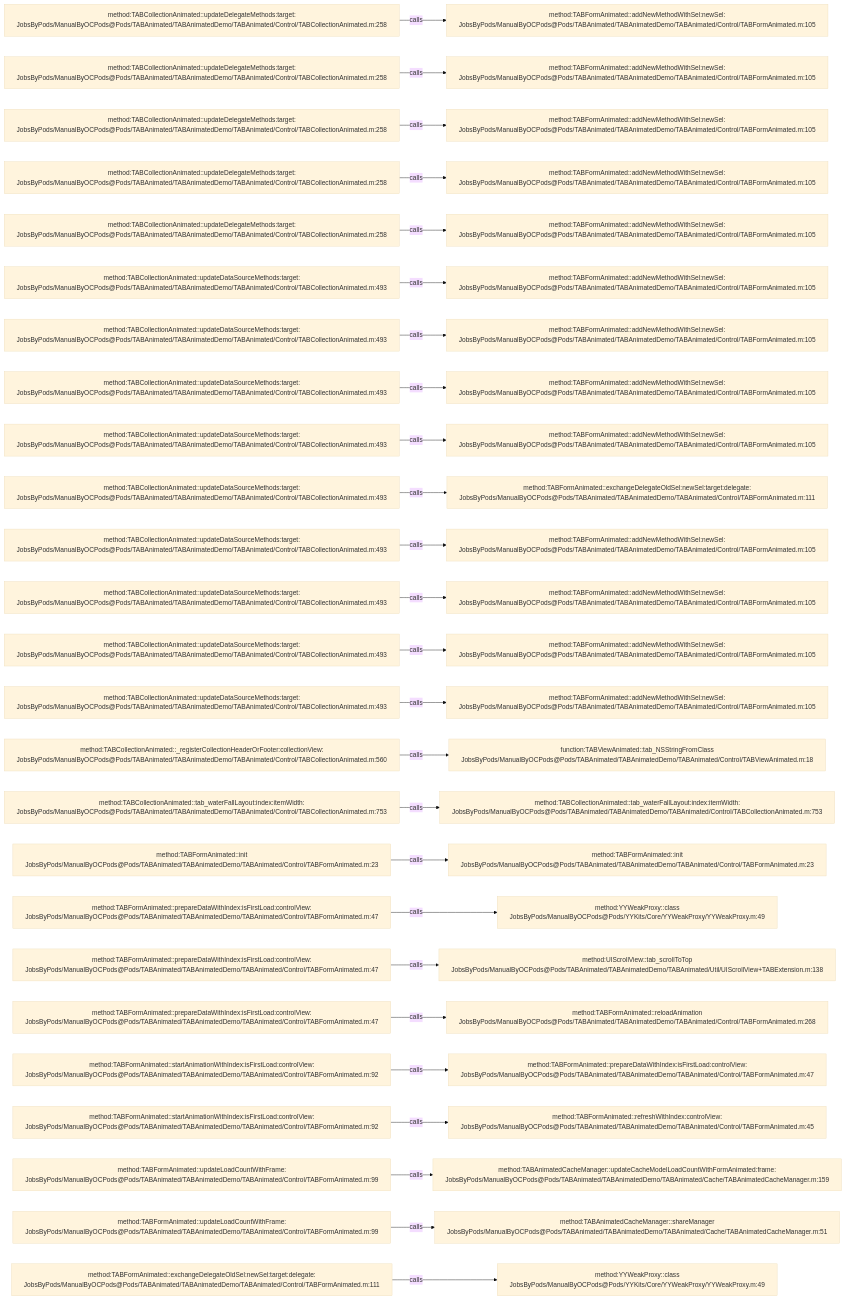
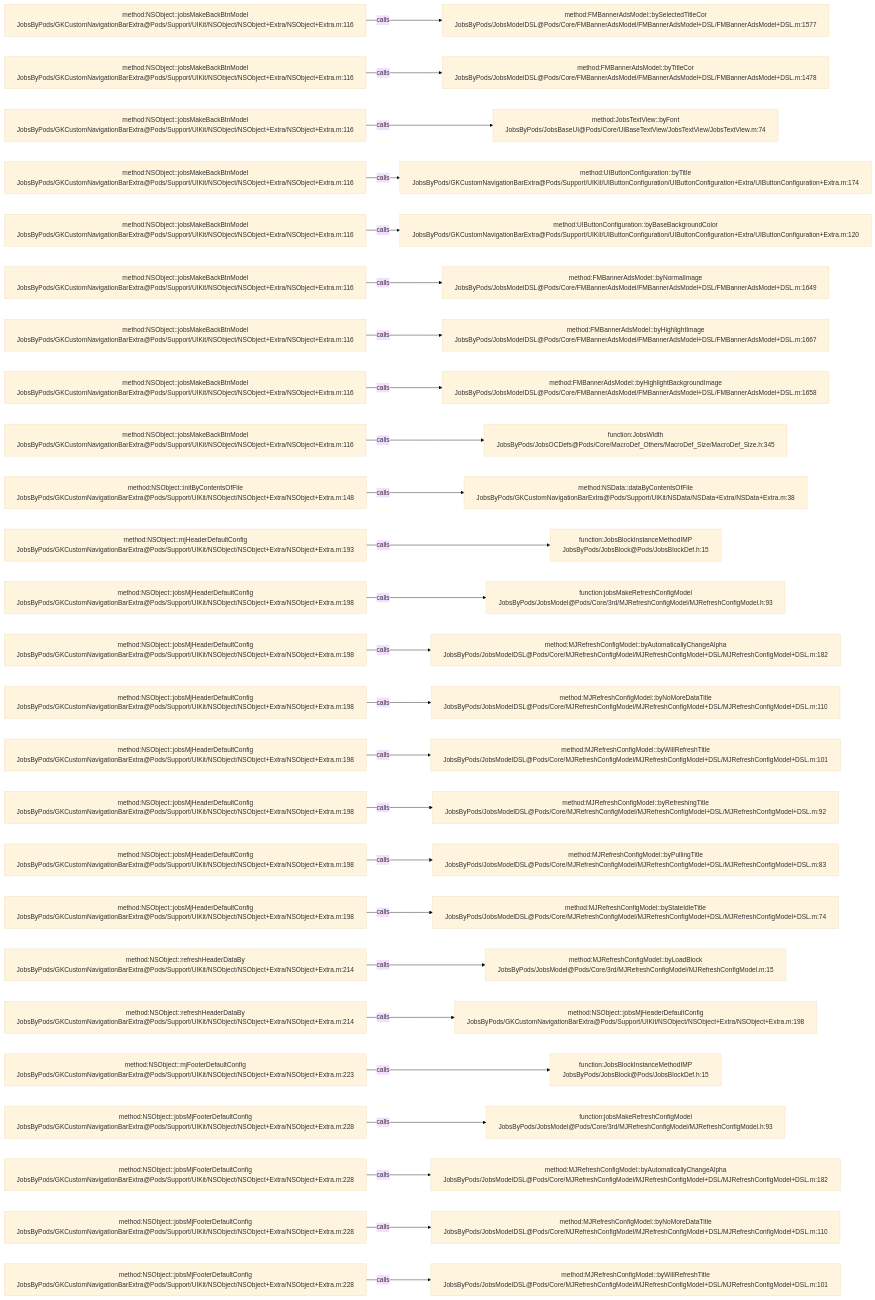
One commit to JobsKits/JobsOCBaseConfigDemo changed the diagram in .codegraph/codegraph.md/graphs/calls-013.md. Above: the diagram before and after it, drawn with Mermaid (base theme). The commit also changed 768 other files, not shown here.

````diff
--- a/.codegraph/codegraph.md/graphs/calls-013.md
+++ b/.codegraph/codegraph.md/graphs/calls-013.md
@@ -13,78 +13,78 @@
 ```mermaid
 flowchart LR
-  S1["method:TABCollectionAnimated::updateDelegateMethods:target:<br/>JobsByPods/ManualByOCPods@Pods/TABAnimated/TABAnimatedDemo/TABAnimated/Control/TABCollectionAnimated.m:258"]
-  T1["method:TABFormAnimated::addNewMethodWithSel:newSel:<br/>JobsByPods/ManualByOCPods@Pods/TABAnimated/TABAnimatedDemo/TABAnimated/Control/TABFormAnimated.m:105"]
+  S1["method:NSObject::jobsMakeBackBtnModel<br/>JobsByPods/GKCustomNavigationBarExtra@Pods/Support/UIKit/NSObject/NSObject+Extra/NSObject+Extra.m:116"]
+  T1["method:FMBannerAdsModel::bySelectedTitleCor<br/>JobsByPods/JobsModelDSL@Pods/Core/FMBannerAdsModel/FMBannerAdsModel+DSL/FMBannerAdsModel+DSL.m:1577"]
   S1 -->|calls| T1
-  S2["method:TABCollectionAnimated::updateDelegateMethods:target:<br/>JobsByPods/ManualByOCPods@Pods/TABAnimated/TABAnimatedDemo/TABAnimated/Control/TABCollectionAnimated.m:258"]
-  T2["method:TABFormAnimated::addNewMethodWithSel:newSel:<br/>JobsByPods/ManualByOCPods@Pods/TABAnimated/TABAnimatedDemo/TABAnimated/Control/TABFormAnimated.m:105"]
+  S2["method:NSObject::jobsMakeBackBtnModel<br/>JobsByPods/GKCustomNavigationBarExtra@Pods/Support/UIKit/NSObject/NSObject+Extra/NSObject+Extra.m:116"]
+  T2["method:FMBannerAdsModel::byTitleCor<br/>JobsByPods/JobsModelDSL@Pods/Core/FMBannerAdsModel/FMBannerAdsModel+DSL/FMBannerAdsModel+DSL.m:1478"]
   S2 -->|calls| T2
-  S3["method:TABCollectionAnimated::updateDelegateMethods:target:<br/>JobsByPods/ManualByOCPods@Pods/TABAnimated/TABAnimatedDemo/TABAnimated/Control/TABCollectionAnimated.m:258"]
-  T3["method:TABFormAnimated::addNewMethodWithSel:newSel:<br/>JobsByPods/ManualByOCPods@Pods/TABAnimated/TABAnimatedDemo/TABAnimated/Control/TABFormAnimated.m:105"]
+  S3["method:NSObject::jobsMakeBackBtnModel<br/>JobsByPods/GKCustomNavigationBarExtra@Pods/Support/UIKit/NSObject/NSObject+Extra/NSObject+Extra.m:116"]
+  T3["method:JobsTextView::byFont<br/>JobsByPods/JobsBaseUI@Pods/Core/UIBaseTextView/JobsTextView/JobsTextView.m:74"]
   S3 -->|calls| T3
-  S4["method:TABCollectionAnimated::updateDelegateMethods:target:<br/>JobsByPods/ManualByOCPods@Pods/TABAnimated/TABAnimatedDemo/TABAnimated/Control/TABCollectionAnimated.m:258"]
-  T4["method:TABFormAnimated::addNewMethodWithSel:newSel:<br/>JobsByPods/ManualByOCPods@Pods/TABAnimated/TABAnimatedDemo/TABAnimated/Control/TABFormAnimated.m:105"]
+  S4["method:NSObject::jobsMakeBackBtnModel<br/>JobsByPods/GKCustomNavigationBarExtra@Pods/Support/UIKit/NSObject/NSObject+Extra/NSObject+Extra.m:116"]
+  T4["method:UIButtonConfiguration::byTitle<br/>JobsByPods/GKCustomNavigationBarExtra@Pods/Support/UIKit/UIButtonConfiguration/UIButtonConfiguration+Extra/UIButtonConfiguration+Extra.m:174"]
   S4 -->|calls| T4
-  S5["method:TABCollectionAnimated::updateDelegateMethods:target:<br/>JobsByPods/ManualByOCPods@Pods/TABAnimated/TABAnimatedDemo/TABAnimated/Control/TABCollectionAnimated.m:258"]
-  T5["method:TABFormAnimated::addNewMethodWithSel:newSel:<br/>JobsByPods/ManualByOCPods@Pods/TABAnimated/TABAnimatedDemo/TABAnimated/Control/TABFormAnimated.m:105"]
+  S5["method:NSObject::jobsMakeBackBtnModel<br/>JobsByPods/GKCustomNavigationBarExtra@Pods/Support/UIKit/NSObject/NSObject+Extra/NSObject+Extra.m:116"]
+  T5["method:UIButtonConfiguration::byBaseBackgroundColor<br/>JobsByPods/GKCustomNavigationBarExtra@Pods/Support/UIKit/UIButtonConfiguration/UIButtonConfiguration+Extra/UIButtonConfiguration+Extra.m:120"]
   S5 -->|calls| T5
-  S6["method:TABCollectionAnimated::updateDataSourceMethods:target:<br/>JobsByPods/ManualByOCPods@Pods/TABAnimated/TABAnimatedDemo/TABAnimated/Control/TABCollectionAnimated.m:493"]
-  T6["method:TABFormAnimated::addNewMethodWithSel:newSel:<br/>JobsByPods/ManualByOCPods@Pods/TABAnimated/TABAnimatedDemo/TABAnimated/Control/TABFormAnimated.m:105"]
+  S6["method:NSObject::jobsMakeBackBtnModel<br/>JobsByPods/GKCustomNavigationBarExtra@Pods/Support/UIKit/NSObject/NSObject+Extra/NSObject+Extra.m:116"]
+  T6["method:FMBannerAdsModel::byNormalImage<br/>JobsByPods/JobsModelDSL@Pods/Core/FMBannerAdsModel/FMBannerAdsModel+DSL/FMBannerAdsModel+DSL.m:1649"]
   S6 -->|calls| T6
-  S7["method:TABCollectionAnimated::updateDataSourceMethods:target:<br/>JobsByPods/ManualByOCPods@Pods/TABAnimated/TABAnimatedDemo/TABAnimated/Control/TABCollectionAnimated.m:493"]
-  T7["method:TABFormAnimated::addNewMethodWithSel:newSel:<br/>JobsByPods/ManualByOCPods@Pods/TABAnimated/TABAnimatedDemo/TABAnimated/Control/TABFormAnimated.m:105"]
+  S7["method:NSObject::jobsMakeBackBtnModel<br/>JobsByPods/GKCustomNavigationBarExtra@Pods/Support/UIKit/NSObject/NSObject+Extra/NSObject+Extra.m:116"]
+  T7["method:FMBannerAdsModel::byHighlightImage<br/>JobsByPods/JobsModelDSL@Pods/Core/FMBannerAdsModel/FMBannerAdsModel+DSL/FMBannerAdsModel+DSL.m:1667"]
   S7 -->|calls| T7
-  S8["method:TABCollectionAnimated::updateDataSourceMethods:target:<br/>JobsByPods/ManualByOCPods@Pods/TABAnimated/TABAnimatedDemo/TABAnimated/Control/TABCollectionAnimated.m:493"]
-  T8["method:TABFormAnimated::addNewMethodWithSel:newSel:<br/>JobsByPods/ManualByOCPods@Pods/TABAnimated/TABAnimatedDemo/TABAnimated/Control/TABFormAnimated.m:105"]
+  S8["method:NSObject::jobsMakeBackBtnModel<br/>JobsByPods/GKCustomNavigationBarExtra@Pods/Support/UIKit/NSObject/NSObject+Extra/NSObject+Extra.m:116"]
+  T8["method:FMBannerAdsModel::byHighlightBackgroundImage<br/>JobsByPods/JobsModelDSL@Pods/Core/FMBannerAdsModel/FMBannerAdsModel+DSL/FMBannerAdsModel+DSL.m:1658"]
   S8 -->|calls| T8
-  S9["method:TABCollectionAnimated::updateDataSourceMethods:target:<br/>JobsByPods/ManualByOCPods@Pods/TABAnimated/TABAnimatedDemo/TABAnimated/Control/TABCollectionAnimated.m:493"]
-  T9["method:TABFormAnimated::addNewMethodWithSel:newSel:<br/>JobsByPods/ManualByOCPods@Pods/TABAnimated/TABAnimatedDemo/TABAnimated/Control/TABFormAnimated.m:105"]
+  S9["method:NSObject::jobsMakeBackBtnModel<br/>JobsByPods/GKCustomNavigationBarExtra@Pods/Support/UIKit/NSObject/NSObject+Extra/NSObject+Extra.m:116"]
+  T9["function:JobsWidth<br/>JobsByPods/JobsOCDefs@Pods/Core/MacroDef_Others/MacroDef_Size/MacroDef_Size.h:345"]
   S9 -->|calls| T9
-  S10["method:TABCollectionAnimated::updateDataSourceMethods:target:<br/>JobsByPods/ManualByOCPods@Pods/TABAnimated/TABAnimatedDemo/TABAnimated/Control/TABCollectionAnimated.m:493"]
-  T10["method:TABFormAnimated::exchangeDelegateOldSel:newSel:target:delegate:<br/>JobsByPods/ManualByOCPods@Pods/TABAnimated/TABAnimatedDemo/TABAnimated/Control/TABFormAnimated.m:111"]
+  S10["method:NSObject::initByContentsOfFile<br/>JobsByPods/GKCustomNavigationBarExtra@Pods/Support/UIKit/NSObject/NSObject+Extra/NSObject+Extra.m:148"]
+  T10["method:NSData::dataByContentsOfFile<br/>JobsByPods/GKCustomNavigationBarExtra@Pods/Support/UIKit/NSData/NSData+Extra/NSData+Extra.m:38"]
   S10 -->|calls| T10
-  S11["method:TABCollectionAnimated::updateDataSourceMethods:target:<br/>JobsByPods/ManualByOCPods@Pods/TABAnimated/TABAnimatedDemo/TABAnimated/Control/TABCollectionAnimated.m:493"]
-  T11["method:TABFormAnimated::addNewMethodWithSel:newSel:<br/>JobsByPods/ManualByOCPods@Pods/TABAnimated/TABAnimatedDemo/TABAnimated/Control/TABFormAnimated.m:105"]
+  S11["method:NSObject::mjHeaderDefaultConfig<br/>JobsByPods/GKCustomNavigationBarExtra@Pods/Support/UIKit/NSObject/NSObject+Extra/NSObject+Extra.m:193"]
+  T11["function:JobsBlockInstanceMethodIMP<br/>JobsByPods/JobsBlock@Pods/JobsBlockDef.h:15"]
   S11 -->|calls| T11
-  S12["method:TABCollectionAnimated::updateDataSourceMethods:target:<br/>JobsByPods/ManualByOCPods@Pods/TABAnimated/TABAnimatedDemo/TABAnimated/Control/TABCollectionAnimated.m:493"]
-  T12["method:TABFormAnimated::addNewMethodWithSel:newSel:<br/>JobsByPods/ManualByOCPods@Pods/TABAnimated/TABAnimatedDemo/TABAnimated/Control/TABFormAnimated.m:105"]
+  S12["method:NSObject::jobsMjHeaderDefaultConfig<br/>JobsByPods/GKCustomNavigationBarExtra@Pods/Support/UIKit/NSObject/NSObject+Extra/NSObject+Extra.m:198"]
+  T12["function:jobsMakeRefreshConfigModel<br/>JobsByPods/JobsModel@Pods/Core/3rd/MJRefreshConfigModel/MJRefreshConfigModel.h:93"]
   S12 -->|calls| T12
-  S13["method:TABCollectionAnimated::updateDataSourceMethods:target:<br/>JobsByPods/ManualByOCPods@Pods/TABAnimated/TABAnimatedDemo/TABAnimated/Control/TABCollectionAnimated.m:493"]
-  T13["method:TABFormAnimated::addNewMethodWithSel:newSel:<br/>JobsByPods/ManualByOCPods@Pods/TABAnimated/TABAnimatedDemo/TABAnimated/Control/TABFormAnimated.m:105"]
+  S13["method:NSObject::jobsMjHeaderDefaultConfig<br/>JobsByPods/GKCustomNavigationBarExtra@Pods/Support/UIKit/NSObject/NSObject+Extra/NSObject+Extra.m:198"]
+  T13["method:MJRefreshConfigModel::byAutomaticallyChangeAlpha<br/>JobsByPods/JobsModelDSL@Pods/Core/MJRefreshConfigModel/MJRefreshConfigModel+DSL/MJRefreshConfigModel+DSL.m:182"]
   S13 -->|calls| T13
-  S14["method:TABCollectionAnimated::updateDataSourceMethods:target:<br/>JobsByPods/ManualByOCPods@Pods/TABAnimated/TABAnimatedDemo/TABAnimated/Control/TABCollectionAnimated.m:493"]
-  T14["method:TABFormAnimated::addNewMethodWithSel:newSel:<br/>JobsByPods/ManualByOCPods@Pods/TABAnimated/TABAnimatedDemo/TABAnimated/Control/TABFormAnimated.m:105"]
+  S14["method:NSObject::jobsMjHeaderDefaultConfig<br/>JobsByPods/GKCustomNavigationBarExtra@Pods/Support/UIKit/NSObject/NSObject+Extra/NSObject+Extra.m:198"]
+  T14["method:MJRefreshConfigModel::byNoMoreDataTitle<br/>JobsByPods/JobsModelDSL@Pods/Core/MJRefreshConfigModel/MJRefreshConfigModel+DSL/MJRefreshConfigModel+DSL.m:110"]
   S14 -->|calls| T14
-  S15["method:TABCollectionAnimated::_registerCollectionHeaderOrFooter:collectionView:<br/>JobsByPods/ManualByOCPods@Pods/TABAnimated/TABAnimatedDemo/TABAnimated/Control/TABCollectionAnimated.m:560"]
-  T15["function:TABViewAnimated::tab_NSStringFromClass<br/>JobsByPods/ManualByOCPods@Pods/TABAnimated/TABAnimatedDemo/TABAnimated/Control/TABViewAnimated.m:18"]
+  S15["method:NSObject::jobsMjHeaderDefaultConfig<br/>JobsByPods/GKCustomNavigationBarExtra@Pods/Support/UIKit/NSObject/NSObject+Extra/NSObject+Extra.m:198"]
+  T15["method:MJRefreshConfigModel::byWillRefreshTitle<br/>JobsByPods/JobsModelDSL@Pods/Core/MJRefreshConfigModel/MJRefreshConfigModel+DSL/MJRefreshConfigModel+DSL.m:101"]
   S15 -->|calls| T15
-  S16["method:TABCollectionAnimated::tab_waterFallLayout:index:itemWidth:<br/>JobsByPods/ManualByOCPods@Pods/TABAnimated/TABAnimatedDemo/TABAnimated/Control/TABCollectionAnimated.m:753"]
-  T16["method:TABCollectionAnimated::tab_waterFallLayout:index:itemWidth:<br/>JobsByPods/ManualByOCPods@Pods/TABAnimated/TABAnimatedDemo/TABAnimated/Control/TABCollectionAnimated.m:753"]
+  S16["method:NSObject::jobsMjHeaderDefaultConfig<br/>JobsByPods/GKCustomNavigationBarExtra@Pods/Support/UIKit/NSObject/NSObject+Extra/NSObject+Extra.m:198"]
+  T16["method:MJRefreshConfigModel::byRefreshingTitle<br/>JobsByPods/JobsModelDSL@Pods/Core/MJRefreshConfigModel/MJRefreshConfigModel+DSL/MJRefreshConfigModel+DSL.m:92"]
   S16 -->|calls| T16
-  S17["method:TABFormAnimated::init<br/>JobsByPods/ManualByOCPods@Pods/TABAnimated/TABAnimatedDemo/TABAnimated/Control/TABFormAnimated.m:23"]
-  T17["method:TABFormAnimated::init<br/>JobsByPods/ManualByOCPods@Pods/TABAnimated/TABAnimatedDemo/TABAnimated/Control/TABFormAnimated.m:23"]
+  S17["method:NSObject::jobsMjHeaderDefaultConfig<br/>JobsByPods/GKCustomNavigationBarExtra@Pods/Support/UIKit/NSObject/NSObject+Extra/NSObject+Extra.m:198"]
+  T17["method:MJRefreshConfigModel::byPullingTitle<br/>JobsByPods/JobsModelDSL@Pods/Core/MJRefreshConfigModel/MJRefreshConfigModel+DSL/MJRefreshConfigModel+DSL.m:83"]
   S17 -->|calls| T17
-  S18["method:TABFormAnimated::prepareDataWithIndex:isFirstLoad:controlView:<br/>JobsByPods/ManualByOCPods@Pods/TABAnimated/TABAnimatedDemo/TABAnimated/Control/TABFormAnimated.m:47"]
-  T18["method:YYWeakProxy::class<br/>JobsByPods/ManualByOCPods@Pods/YYKits/Core/YYWeakProxy/YYWeakProxy.m:49"]
+  S18["method:NSObject::jobsMjHeaderDefaultConfig<br/>JobsByPods/GKCustomNavigationBarExtra@Pods/Support/UIKit/NSObject/NSObject+Extra/NSObject+Extra.m:198"]
+  T18["method:MJRefreshConfigModel::byStateIdleTitle<br/>JobsByPods/JobsModelDSL@Pods/Core/MJRefreshConfigModel/MJRefreshConfigModel+DSL/MJRefreshConfigModel+DSL.m:74"]
   S18 -->|calls| T18
-  S19["method:TABFormAnimated::prepareDataWithIndex:isFirstLoad:controlView:<br/>JobsByPods/ManualByOCPods@Pods/TABAnimated/TABAnimatedDemo/TABAnimated/Control/TABFormAnimated.m:47"]
-  T19["method:UIScrollView::tab_scrollToTop<br/>JobsByPods/ManualByOCPods@Pods/TABAnimated/TABAnimatedDemo/TABAnimated/Util/UIScrollView+TABExtension.m:138"]
+  S19["method:NSObject::refreshHeaderDataBy<br/>JobsByPods/GKCustomNavigationBarExtra@Pods/Support/UIKit/NSObject/NSObject+Extra/NSObject+Extra.m:214"]
+  T19["method:MJRefreshConfigModel::byLoadBlock<br/>JobsByPods/JobsModel@Pods/Core/3rd/MJRefreshConfigModel/MJRefreshConfigModel.m:15"]
   S19 -->|calls| T19
-  S20["method:TABFormAnimated::prepareDataWithIndex:isFirstLoad:controlView:<br/>JobsByPods/ManualByOCPods@Pods/TABAnimated/TABAnimatedDemo/TABAnimated/Control/TABFormAnimated.m:47"]
-  T20["method:TABFormAnimated::reloadAnimation<br/>JobsByPods/ManualByOCPods@Pods/TABAnimated/TABAnimatedDemo/TABAnimated/Control/TABFormAnimated.m:268"]
+  S20["method:NSObject::refreshHeaderDataBy<br/>JobsByPods/GKCustomNavigationBarExtra@Pods/Support/UIKit/NSObject/NSObject+Extra/NSObject+Extra.m:214"]
+  T20["method:NSObject::jobsMjHeaderDefaultConfig<br/>JobsByPods/GKCustomNavigationBarExtra@Pods/Support/UIKit/NSObject/NSObject+Extra/NSObject+Extra.m:198"]
   S20 -->|calls| T20
-  S21["method:TABFormAnimated::startAnimationWithIndex:isFirstLoad:controlView:<br/>JobsByPods/ManualByOCPods@Pods/TABAnimated/TABAnimatedDemo/TABAnimated/Control/TABFormAnimated.m:92"]
-  T21["method:TABFormAnimated::prepareDataWithIndex:isFirstLoad:controlView:<br/>JobsByPods/ManualByOCPods@Pods/TABAnimated/TABAnimatedDemo/TABAnimated/Control/TABFormAnimated.m:47"]
+  S21["method:NSObject::mjFooterDefaultConfig<br/>JobsByPods/GKCustomNavigationBarExtra@Pods/Support/UIKit/NSObject/NSObject+Extra/NSObject+Extra.m:223"]
+  T21["function:JobsBlockInstanceMethodIMP<br/>JobsByPods/JobsBlock@Pods/JobsBlockDef.h:15"]
   S21 -->|calls| T21
-  S22["method:TABFormAnimated::startAnimationWithIndex:isFirstLoad:controlView:<br/>JobsByPods/ManualByOCPods@Pods/TABAnimated/TABAnimatedDemo/TABAnimated/Control/TABFormAnimated.m:92"]
-  T22["method:TABFormAnimated::refreshWithIndex:controlView:<br/>JobsByPods/ManualByOCPods@Pods/TABAnimated/TABAnimatedDemo/TABAnimated/Control/TABFormAnimated.m:45"]
+  S22["method:NSObject::jobsMjFooterDefaultConfig<br/>JobsByPods/GKCustomNavigationBarExtra@Pods/Support/UIKit/NSObject/NSObject+Extra/NSObject+Extra.m:228"]
+  T22["function:jobsMakeRefreshConfigModel<br/>JobsByPods/JobsModel@Pods/Core/3rd/MJRefreshConfigModel/MJRefreshConfigModel.h:93"]
   S22 -->|calls| T22
-  S23["method:TABFormAnimated::updateLoadCountWithFrame:<br/>JobsByPods/ManualByOCPods@Pods/TABAnimated/TABAnimatedDemo/TABAnimated/Control/TABFormAnimated.m:99"]
-  T23["method:TABAnimatedCacheManager::updateCacheModelLoadCountWithFormAnimated:frame:<br/>JobsByPods/ManualByOCPods@Pods/TABAnimated/TABAnimatedDemo/TABAnimated/Cache/TABAnimatedCacheManager.m:159"]
+  S23["method:NSObject::jobsMjFooterDefaultConfig<br/>JobsByPods/GKCustomNavigationBarExtra@Pods/Support/UIKit/NSObject/NSObject+Extra/NSObject+Extra.m:228"]
+  T23["method:MJRefreshConfigModel::byAutomaticallyChangeAlpha<br/>JobsByPods/JobsModelDSL@Pods/Core/MJRefreshConfigModel/MJRefreshConfigModel+DSL/MJRefreshConfigModel+DSL.m:182"]
   S23 -->|calls| T23
-  S24["method:TABFormAnimated::updateLoadCountWithFrame:<br/>JobsByPods/ManualByOCPods@Pods/TABAnimated/TABAnimatedDemo/TABAnimated/Control/TABFormAnimated.m:99"]
-  T24["method:TABAnimatedCacheManager::shareManager<br/>JobsByPods/ManualByOCPods@Pods/TABAnimated/TABAnimatedDemo/TABAnimated/Cache/TABAnimatedCacheManager.m:51"]
+  S24["method:NSObject::jobsMjFooterDefaultConfig<br/>JobsByPods/GKCustomNavigationBarExtra@Pods/Support/UIKit/NSObject/NSObject+Extra/NSObject+Extra.m:228"]
+  T24["method:MJRefreshConfigModel::byNoMoreDataTitle<br/>JobsByPods/JobsModelDSL@Pods/Core/MJRefreshConfigModel/MJRefreshConfigModel+DSL/MJRefreshConfigModel+DSL.m:110"]
   S24 -->|calls| T24
-  S25["method:TABFormAnimated::exchangeDelegateOldSel:newSel:target:delegate:<br/>JobsByPods/ManualByOCPods@Pods/TABAnimated/TABAnimatedDemo/TABAnimated/Control/TABFormAnimated.m:111"]
-  T25["method:YYWeakProxy::class<br/>JobsByPods/ManualByOCPods@Pods/YYKits/Core/YYWeakProxy/YYWeakProxy.m:49"]
+  S25["method:NSObject::jobsMjFooterDefaultConfig<br/>JobsByPods/GKCustomNavigationBarExtra@Pods/Support/UIKit/NSObject/NSObject+Extra/NSObject+Extra.m:228"]
+  T25["method:MJRefreshConfigModel::byWillRefreshTitle<br/>JobsByPods/JobsModelDSL@Pods/Core/MJRefreshConfigModel/MJRefreshConfigModel+DSL/MJRefreshConfigModel+DSL.m:101"]
   S25 -->|calls| T25
 ```
````
